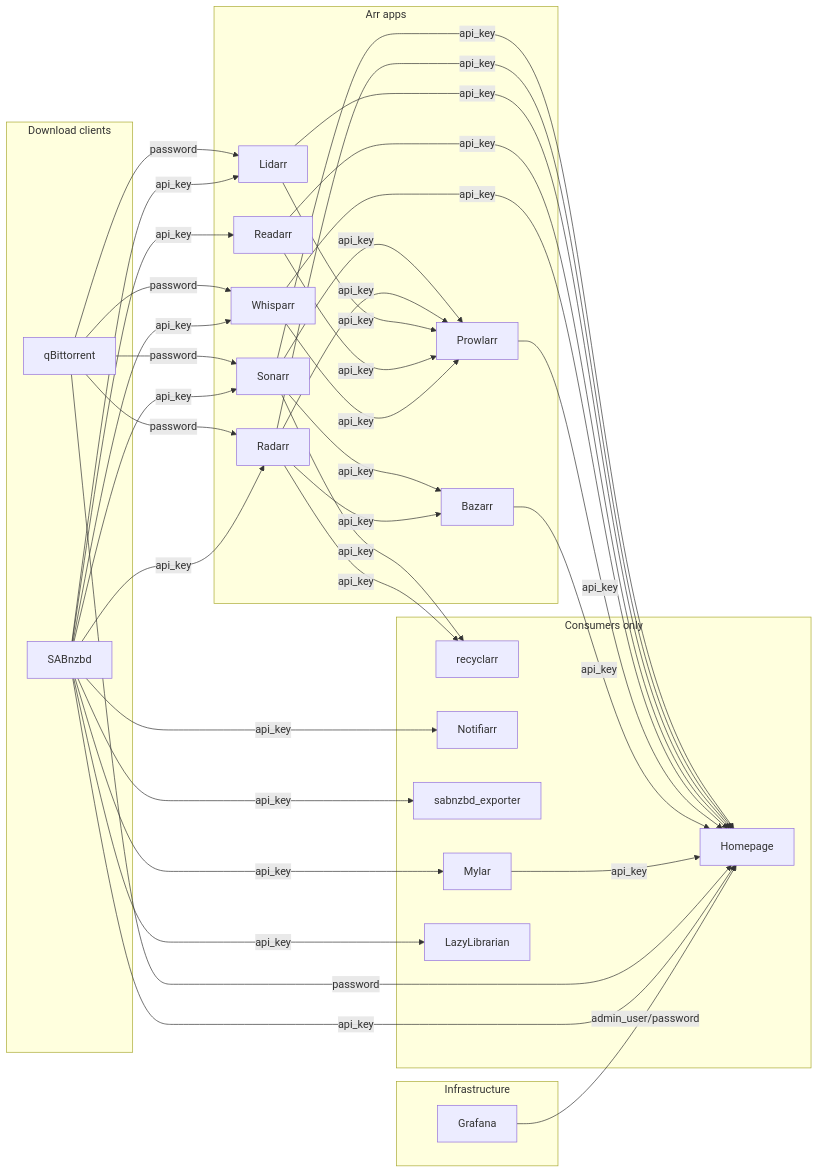
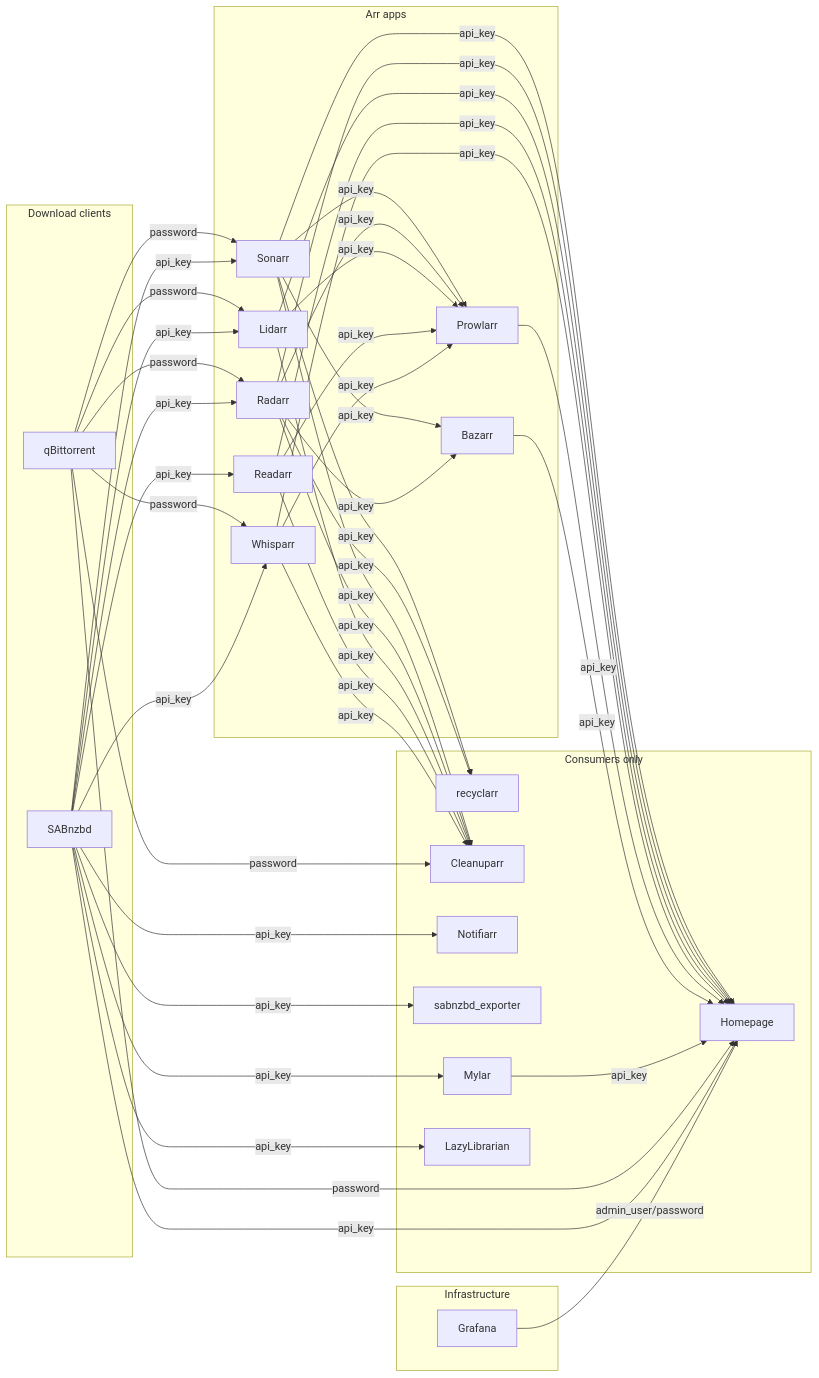
Before and after one commit to ivan-pinatti-labs/docker-torrent-box-with-vpn: the diagram in docs/DEPENDENCIES.md, drawn with Mermaid. The commit also changed other lines of this file and 44 other files, not shown here.

First line of the commit message:
feat(cleanuparr): clear the fake releases qBittorrent's excluded file names leave stuck (#414)

````diff
--- a/docs/DEPENDENCIES.md
+++ b/docs/DEPENDENCIES.md
@@ -13,70 +13,78 @@
 ```mermaid
 flowchart LR
     subgraph arr["Arr apps"]
         Sonarr
         Radarr
         Lidarr
         Readarr
         Whisparr
         Prowlarr
         Bazarr
     end
 
     subgraph dl["Download clients"]
         qBittorrent
         SABnzbd
     end
 
     subgraph infra["Infrastructure"]
         Grafana
     end
 
     subgraph consumers["Consumers only"]
         recyclarr
+        Cleanuparr
         Notifiarr
         sabnzbd_exporter["sabnzbd_exporter"]
         Mylar
         LazyLibrarian
         Homepage
     end
 
     Sonarr   -->|api_key| Prowlarr
     Radarr   -->|api_key| Prowlarr
     Lidarr   -->|api_key| Prowlarr
     Readarr  -->|api_key| Prowlarr
     Whisparr -->|api_key| Prowlarr
 
     Sonarr   -->|api_key| Bazarr
     Radarr   -->|api_key| Bazarr
 
     Sonarr   -->|api_key| recyclarr
     Radarr   -->|api_key| recyclarr
 
+    Sonarr   -->|api_key| Cleanuparr
+    Radarr   -->|api_key| Cleanuparr
+    Lidarr   -->|api_key| Cleanuparr
+    Readarr  -->|api_key| Cleanuparr
+    Whisparr -->|api_key| Cleanuparr
+
     Sonarr   -->|api_key| Homepage
     Radarr   -->|api_key| Homepage
     Lidarr   -->|api_key| Homepage
     Readarr  -->|api_key| Homepage
     Whisparr -->|api_key| Homepage
     Prowlarr -->|api_key| Homepage
     Bazarr   -->|api_key| Homepage
     Mylar    -->|api_key| Homepage
 
     qBittorrent -->|password| Sonarr
     qBittorrent -->|password| Radarr
     qBittorrent -->|password| Lidarr
     qBittorrent -->|password| Whisparr
+    qBittorrent -->|password| Cleanuparr
     qBittorrent -->|password| Homepage
 
     SABnzbd -->|api_key| Sonarr
     SABnzbd -->|api_key| Radarr
     SABnzbd -->|api_key| Lidarr
     SABnzbd -->|api_key| Readarr
     SABnzbd -->|api_key| Whisparr
     SABnzbd -->|api_key| Mylar
     SABnzbd -->|api_key| LazyLibrarian
     SABnzbd -->|api_key| Notifiarr
     SABnzbd -->|api_key| sabnzbd_exporter
     SABnzbd -->|api_key| Homepage
 
     Grafana -->|admin_user/password| Homepage
 ```
````
